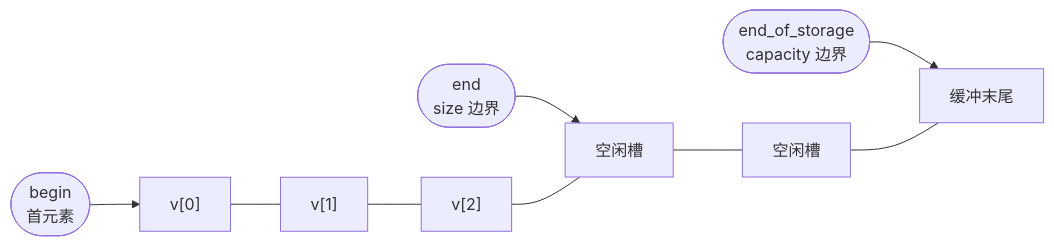
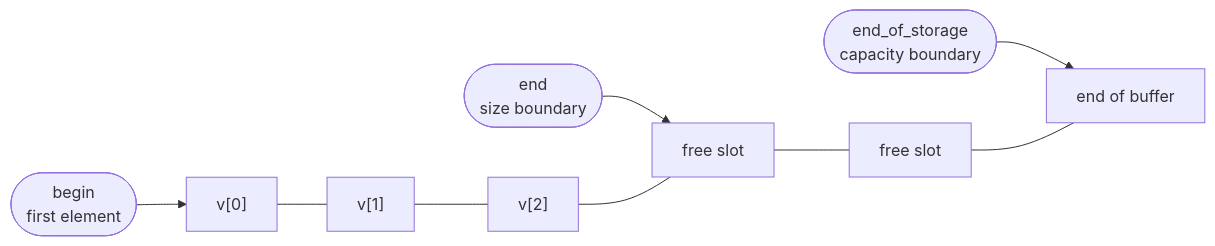
The first of 3 diagrams in documents/en/vol3-standard-library/containers/03-vector-deep-dive.md (Awesome-Embedded-Learning-Studio/Tutorial_AwesomeModernCPP), drawn with Mermaid before and after one commit. The commit also changed other lines of this file and 605 other files, not shown here.

````diff
--- a/documents/en/vol3-standard-library/containers/03-vector-deep-dive.md
+++ b/documents/en/vol3-standard-library/containers/03-vector-deep-dive.md
@@ -44,7 +42,7 @@
 ```mermaid
 flowchart LR
-    BEGIN(["begin<br/>首元素"]) --> S0["v[0]"]
-    TAIL(["end<br/>size 边界"]) --> S3["空闲槽"]
-    CAP(["end_of_storage<br/>capacity 边界"]) --> S5["缓冲末尾"]
-    S0 --- S1["v[1]"] --- S2["v[2]"] --- S3 --- S4["空闲槽"] --- S5
+    BEGIN(["begin<br/>first element"]) --> S0["v[0]"]
+    TAIL(["end<br/>size boundary"]) --> S3["free slot"]
+    CAP(["end_of_storage<br/>capacity boundary"]) --> S5["end of buffer"]
+    S0 --- S1["v[1]"] --- S2["v[2]"] --- S3 --- S4["free slot"] --- S5
 ```
````
